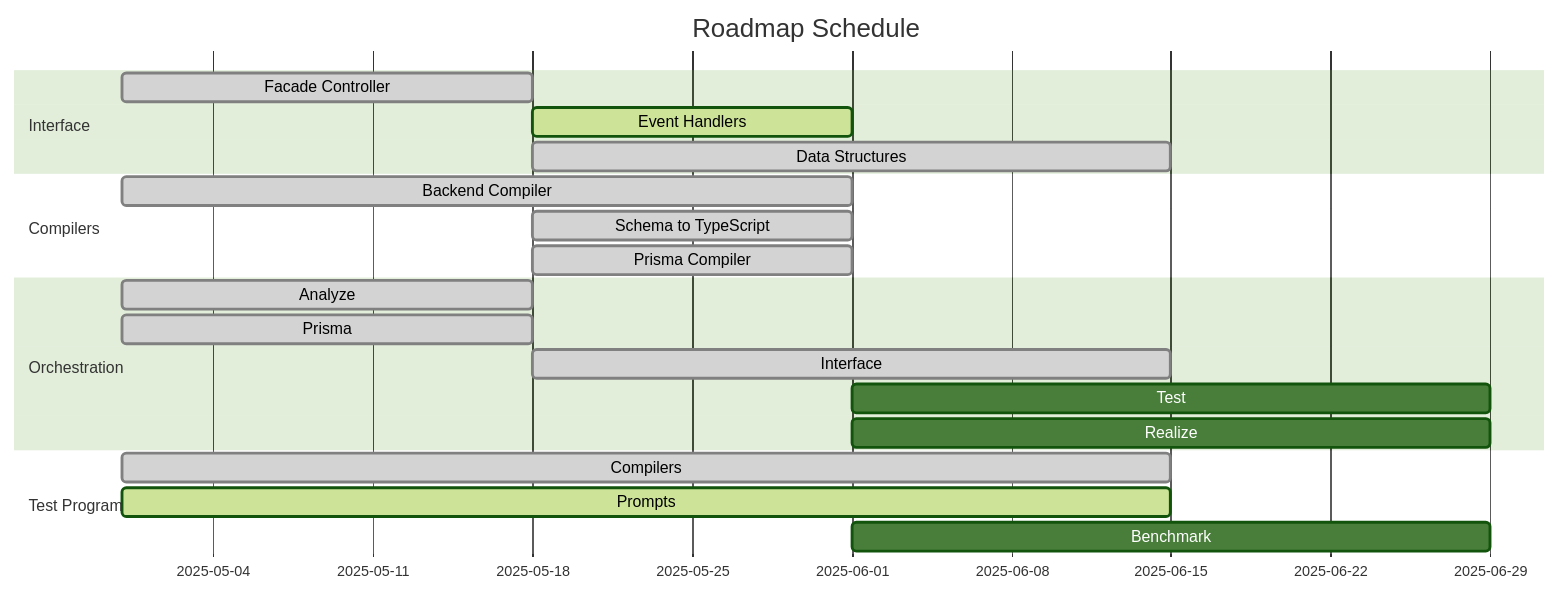
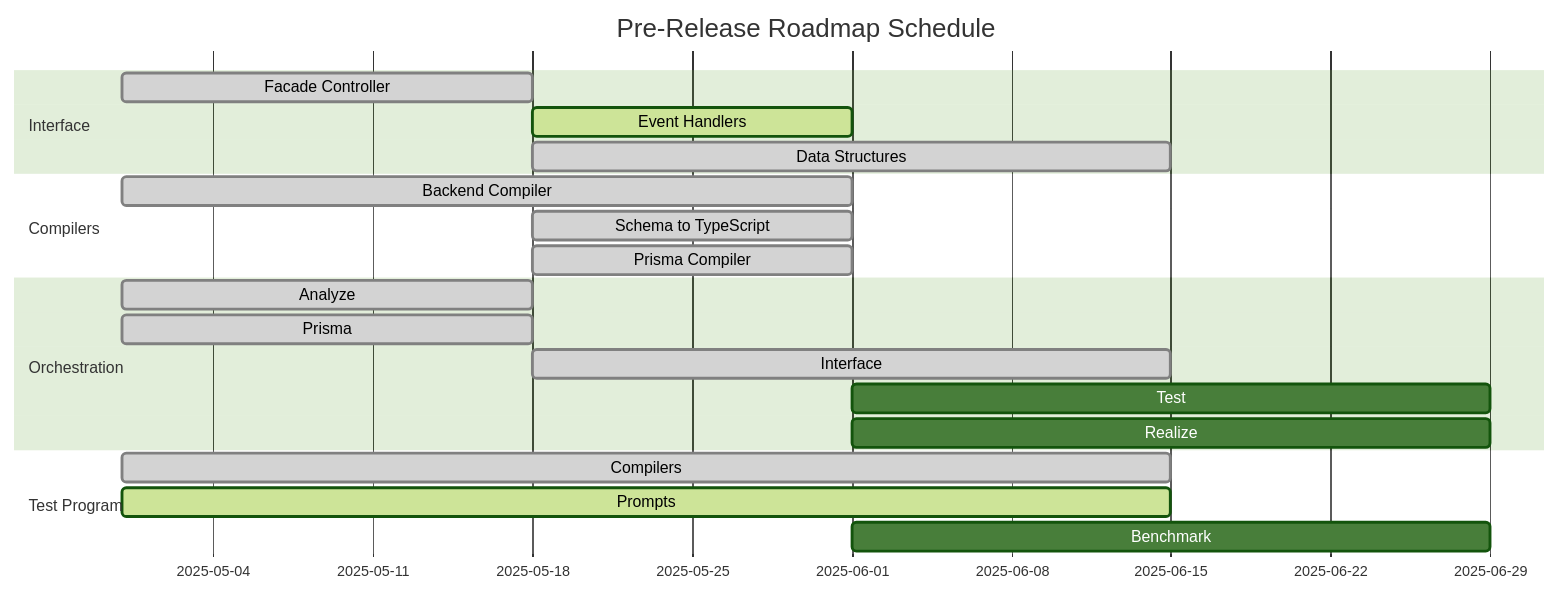
One commit to wrtnlabs/autobe changed the third of 3 diagrams in README.md. Above: the diagram before and after it, drawn with Mermaid (forest theme). The commit also changed other lines of this file, not shown here.

````diff
--- a/README.md
+++ b/README.md
@@ -406,27 +404,27 @@
 ```mermaid
 gantt
   dateFormat YYYY-MM-DD
-  title Roadmap Schedule
+  title Pre-Release Roadmap Schedule
 
   section Interface
   Facade Controller: done,   2025-04-30, 18d
   Event Handlers:    active, 2025-05-18, 14d
   Data Structures:   done,   2025-05-18, 28d
 
   section Compilers
   Backend Compiler:     done, 2025-04-30, 32d
   Schema to TypeScript: done, 2025-05-18, 14d
   Prisma Compiler:      done, 2025-05-18, 14d
 
   section Orchestration
   Analyze  : done,    2025-04-30, 18d
   Prisma   : done,    2025-04-30, 18d
   Interface: done,    2025-05-18, 28d
   Test     : planned, 2025-06-01, 28d
   Realize  : planned, 2025-06-01, 28d
 
   section Test Program
   Compilers: done,    2025-04-30, 46d
   Prompts:   active,  2025-04-30, 46d
   Benchmark: planned, 2025-06-01, 28d
 ```
````
